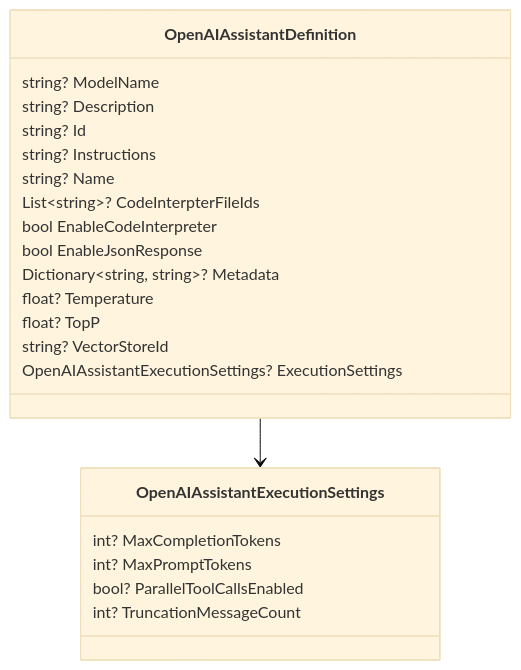
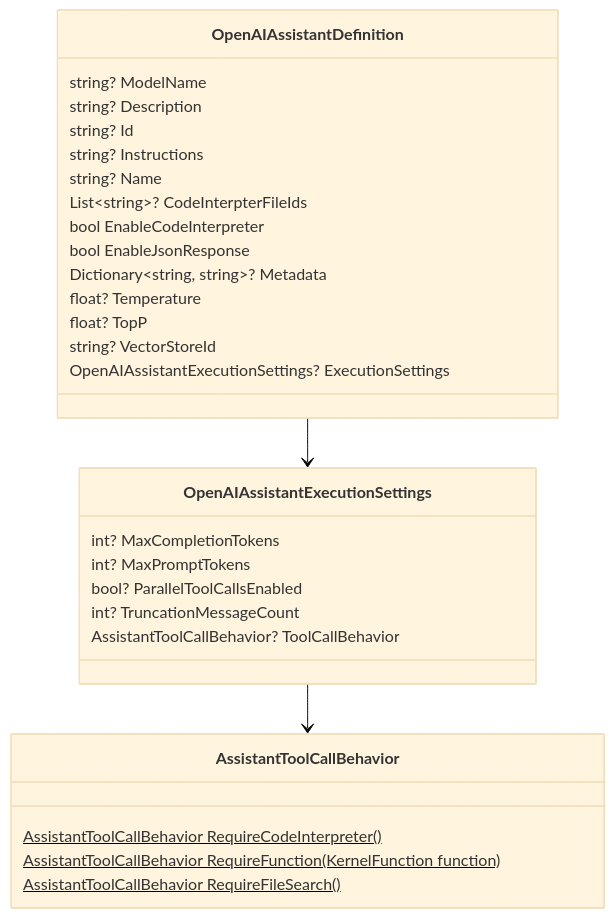
One commit to microsoft/semantic-kernel changed the diagram in docs/decisions/diagrams/assistant-definition.mmd. Above: the diagram before and after it, drawn with Mermaid (base theme). The commit also changed 6 other files, not shown here.

Commit message:
Add ToolCallBehavior

```diff
--- a/docs/decisions/diagrams/assistant-definition.mmd
+++ b/docs/decisions/diagrams/assistant-definition.mmd
@@ -1,25 +1,33 @@
 classDiagram
 
     OpenAIAssistantDefinition --> OpenAIAssistantExecutionSettings
     class OpenAIAssistantDefinition {
         string? ModelName
         string? Description
         string? Id
         string? Instructions
         string? Name
         List~string~? CodeInterpterFileIds
         bool EnableCodeInterpreter
         bool EnableJsonResponse
         Dictionary~string, string~? Metadata
         float? Temperature
         float? TopP
         string? VectorStoreId
         OpenAIAssistantExecutionSettings? ExecutionSettings
     }
 
+    OpenAIAssistantExecutionSettings --> AssistantToolCallBehavior
     class OpenAIAssistantExecutionSettings {
         int? MaxCompletionTokens
         int? MaxPromptTokens
         bool? ParallelToolCallsEnabled
         int? TruncationMessageCount
+        AssistantToolCallBehavior? ToolCallBehavior
     }
+
+    class AssistantToolCallBehavior {
+        AssistantToolCallBehavior RequireCodeInterpreter()$
+        AssistantToolCallBehavior RequireFunction(KernelFunction function)$
+        AssistantToolCallBehavior RequireFileSearch()$
+    }
```
